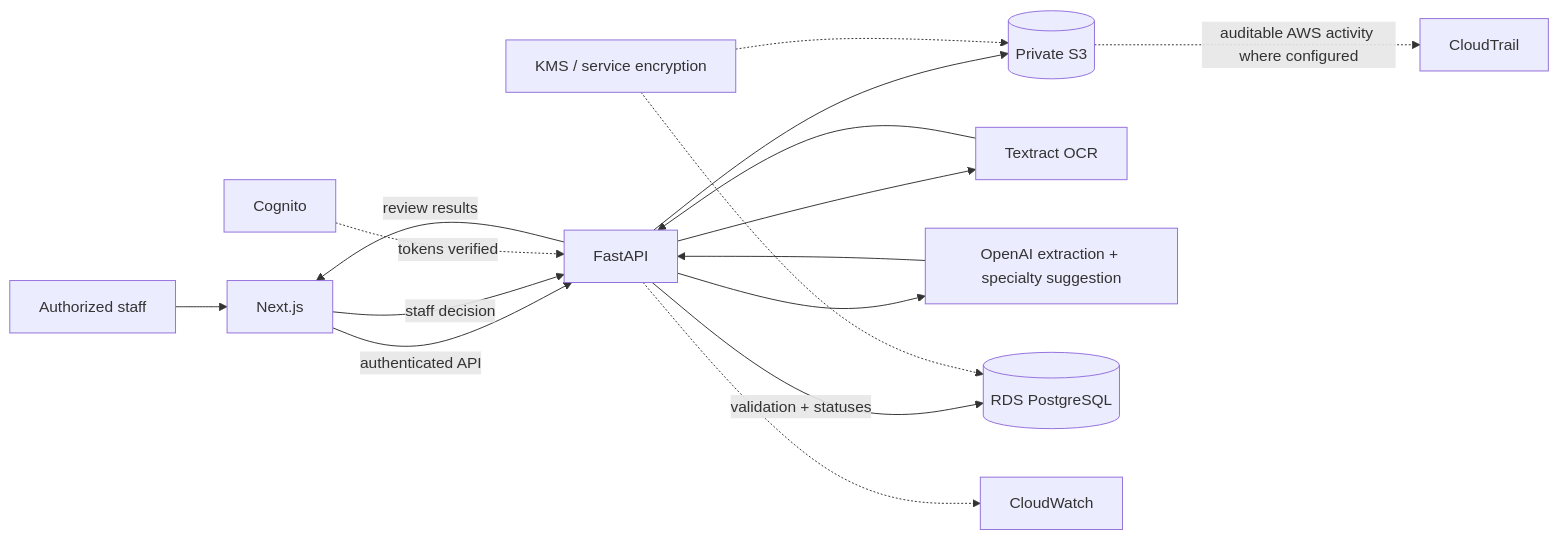
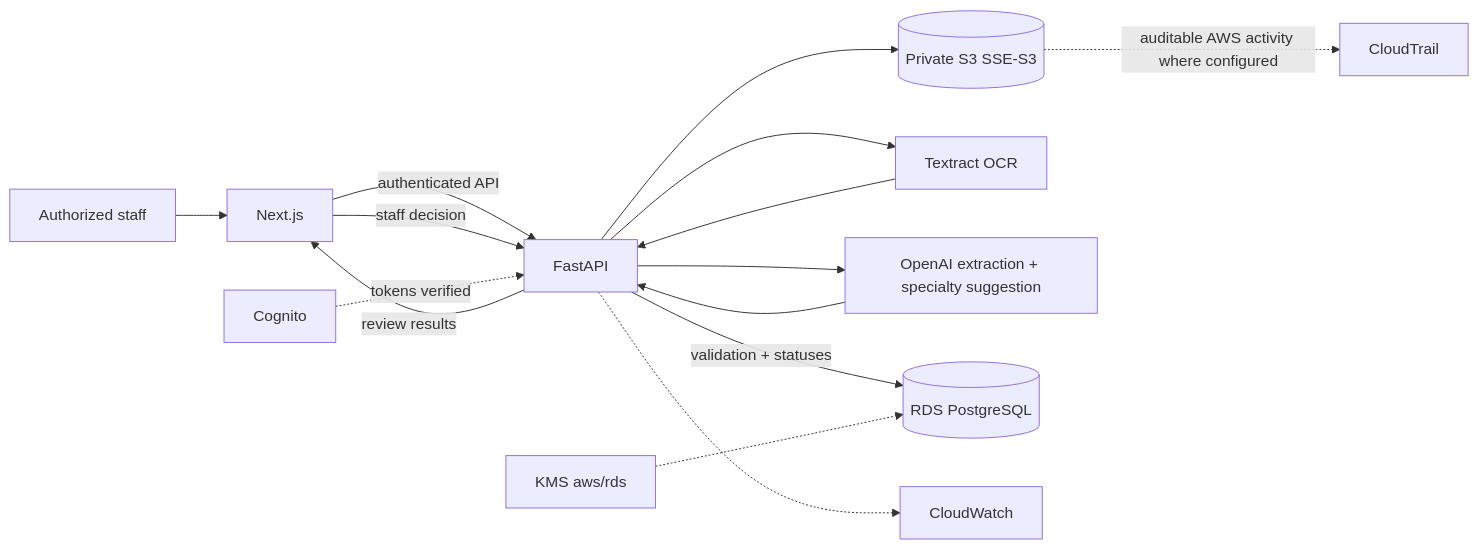
One commit to aseefdurrani/Healthcare-Referral-Intake-Processing changed the diagram in README.md. Above: the diagram before and after it, drawn with Mermaid. The commit also changed other lines of this file and 17 other files, not shown here.

````diff
--- a/README.md
+++ b/README.md
@@ -64,18 +66,17 @@
 ```mermaid
 flowchart LR
     Staff[Authorized staff] --> UI[Next.js]
     UI -->|authenticated API| API[FastAPI]
-    API --> S3[(Private S3)]
+    API --> S3[(Private S3 SSE-S3)]
     API --> TXT[Textract OCR]
     TXT --> API
     API --> LLM[OpenAI extraction + specialty suggestion]
     LLM --> API
     API -->|validation + statuses| DB[(RDS PostgreSQL)]
     API -->|review results| UI
     UI -->|staff decision| API
     Cognito[Cognito] -.->|tokens verified| API
-    KMS[KMS / service encryption] -.-> S3
-    KMS -.-> DB
+    KMS[KMS aws/rds] -.-> DB
     API -.-> Logs[CloudWatch]
     S3 -.->|auditable AWS activity where configured| Trail[CloudTrail]
 ```
````
